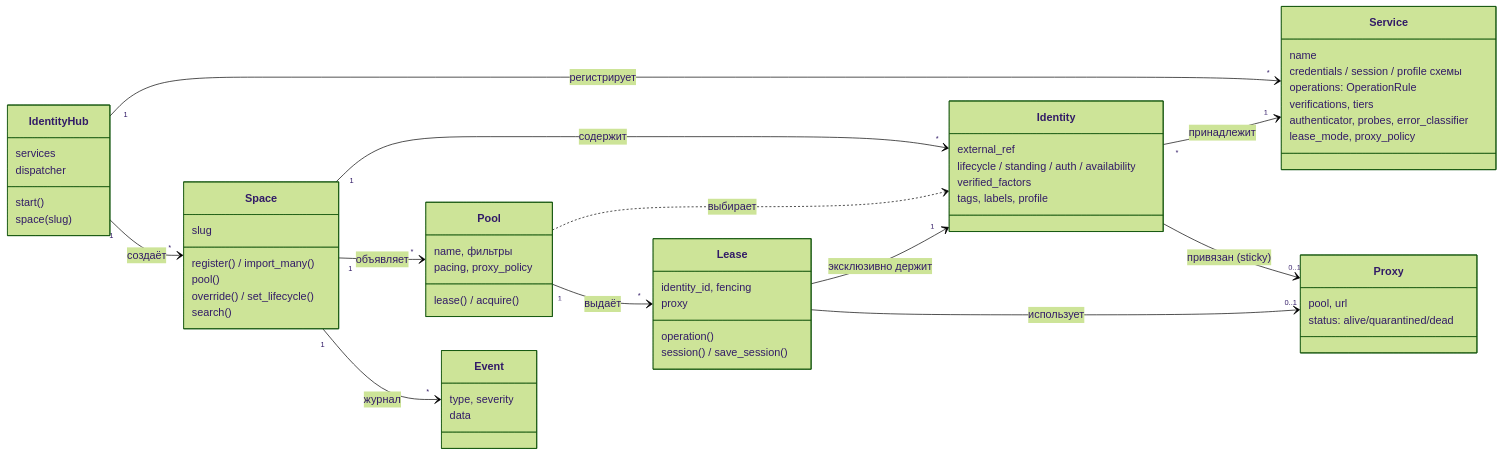
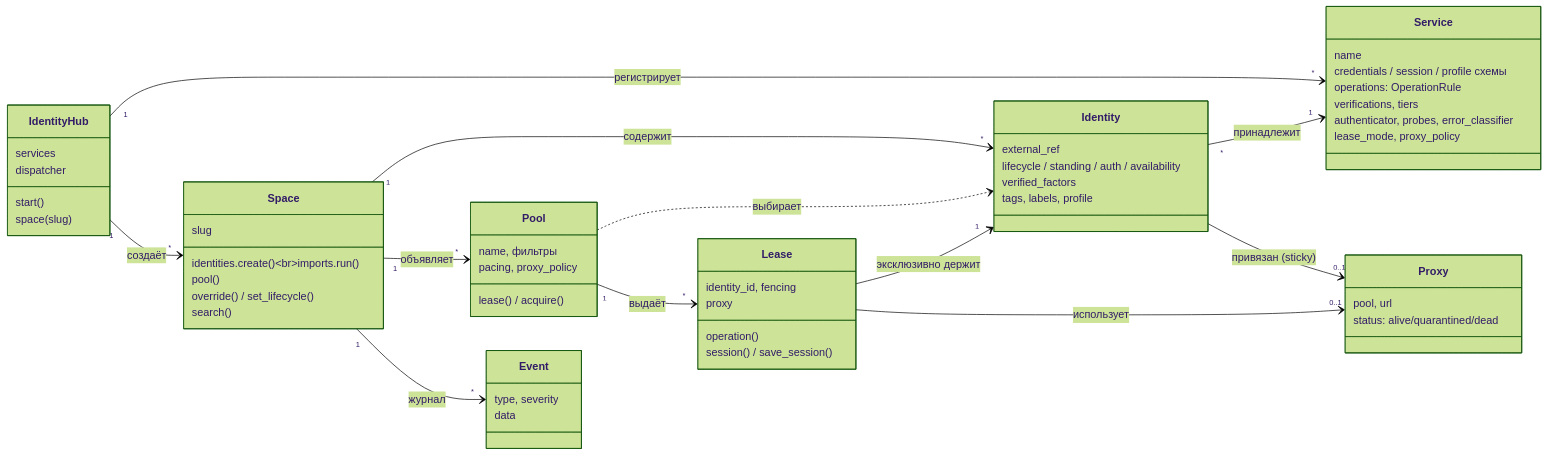
Before and after one commit to 0cherednoq/identity-hub: the second of 4 diagrams in docs/guide/01-concepts.md, drawn with Mermaid (forest theme). The commit also changed other lines of this file and 20 other files, not shown here.

````diff
--- a/docs/guide/01-concepts.md
+++ b/docs/guide/01-concepts.md
@@ -85,61 +85,61 @@
 ```mermaid
 classDiagram
     direction LR
     class IdentityHub {
         services
         start()
         space(slug)
         dispatcher
     }
     class Service {
         name
         credentials / session / profile схемы
         operations: OperationRule
         verifications, tiers
         authenticator, probes, error_classifier
         lease_mode, proxy_policy
     }
     class Space {
         slug
-        register() / import_many()
+        identities.create()<br/>imports.run()
         pool()
         override() / set_lifecycle()
         search()
     }
     class Identity {
         external_ref
         lifecycle / standing / auth / availability
         verified_factors
         tags, labels, profile
     }
     class Pool {
         name, фильтры
         pacing, proxy_policy
         lease() / acquire()
     }
     class Lease {
         identity_id, fencing
         proxy
         operation()
         session() / save_session()
     }
     class Proxy {
         pool, url
         status: alive/quarantined/dead
     }
     class Event {
         type, severity
         data
     }
     IdentityHub "1" --> "*" Service : регистрирует
     IdentityHub "1" --> "*" Space : создаёт
     Space "1" --> "*" Identity : содержит
     Identity "*" --> "1" Service : принадлежит
     Space "1" --> "*" Pool : объявляет
     Pool ..> Identity : выбирает
     Pool "1" --> "*" Lease : выдаёт
     Lease --> "1" Identity : эксклюзивно держит
     Lease --> "0..1" Proxy : использует
     Identity --> "0..1" Proxy : привязан (sticky)
     Space "1" --> "*" Event : журнал
 ```
````
